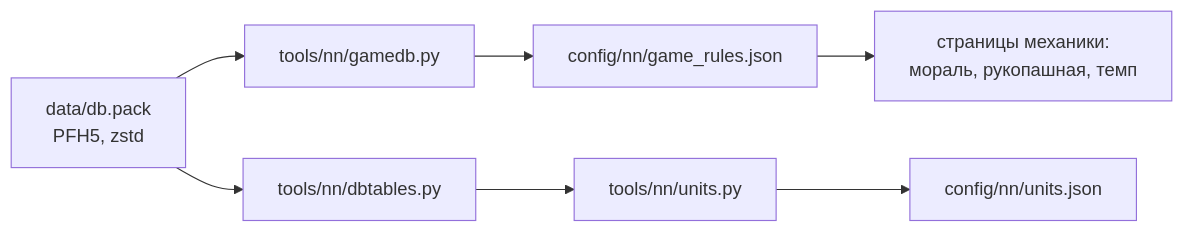
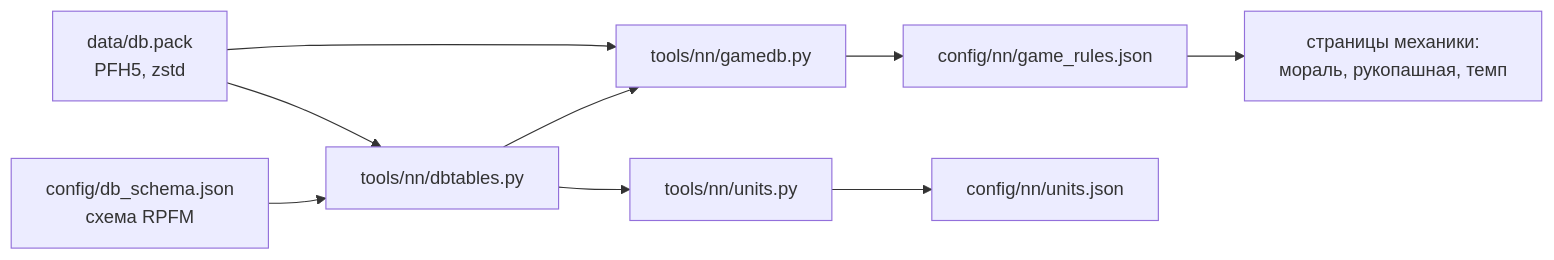
Before and after one commit to DimaZero7/TWW3-batle-ai: the diagram in docs/ru/game/database.md, drawn with Mermaid. The commit also changed other lines of this file and 19 other files, not shown here.

````diff
--- a/docs/ru/game/database.md
+++ b/docs/ru/game/database.md
@@ -32,9 +31,11 @@
 ```mermaid
 flowchart LR
   pack["data/db.pack<br/>PFH5, zstd"] --> gamedb["tools/nn/gamedb.py"]
   pack --> dbt["tools/nn/dbtables.py"]
+  schema["config/db_schema.json<br/>схема RPFM"] --> dbt
+  dbt --> gamedb
   dbt --> units["tools/nn/units.py"]
   gamedb --> json["config/nn/game_rules.json"]
   units --> ujson["config/nn/units.json"]
   json --> pages["страницы механики:<br/>мораль, рукопашная, темп"]
 ```
````
